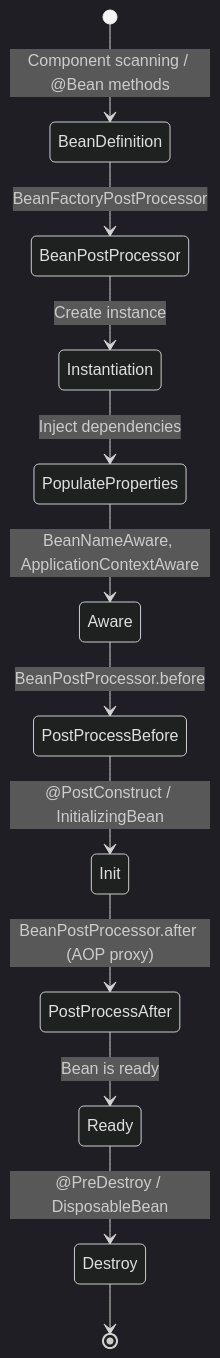
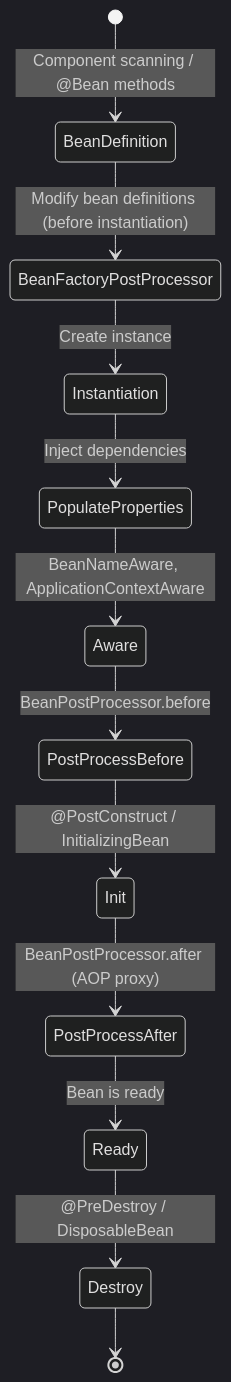
The third of 4 diagrams in src/frameworks/spring-boot/README.md (vanos001/placement_prep), drawn with Mermaid (dark theme) before and after one commit. The commit also changed other lines of this file and 13 other files, not shown here.

````diff
--- a/src/frameworks/spring-boot/README.md
+++ b/src/frameworks/spring-boot/README.md
@@ -277,14 +277,14 @@
 ```mermaid
 stateDiagram-v2
     [*] --> BeanDefinition: Component scanning / @Bean methods
-    BeanDefinition --> BeanPostProcessor: BeanFactoryPostProcessor
-    BeanPostProcessor --> Instantiation: Create instance
+    BeanDefinition --> BeanFactoryPostProcessor: Modify bean definitions (before instantiation)
+    BeanFactoryPostProcessor --> Instantiation: Create instance
     Instantiation --> PopulateProperties: Inject dependencies
     PopulateProperties --> Aware: BeanNameAware, ApplicationContextAware
     Aware --> PostProcessBefore: BeanPostProcessor.before
     PostProcessBefore --> Init: @PostConstruct / InitializingBean
     Init --> PostProcessAfter: BeanPostProcessor.after (AOP proxy)
     PostProcessAfter --> Ready: Bean is ready
     Ready --> Destroy: @PreDestroy / DisposableBean
     Destroy --> [*]
 ```
````
